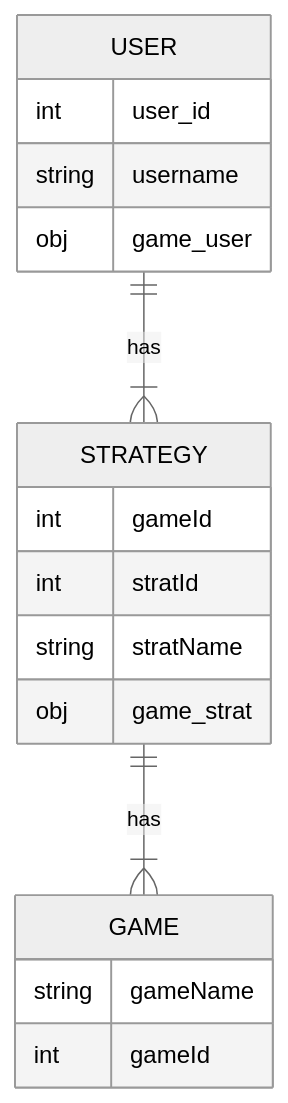
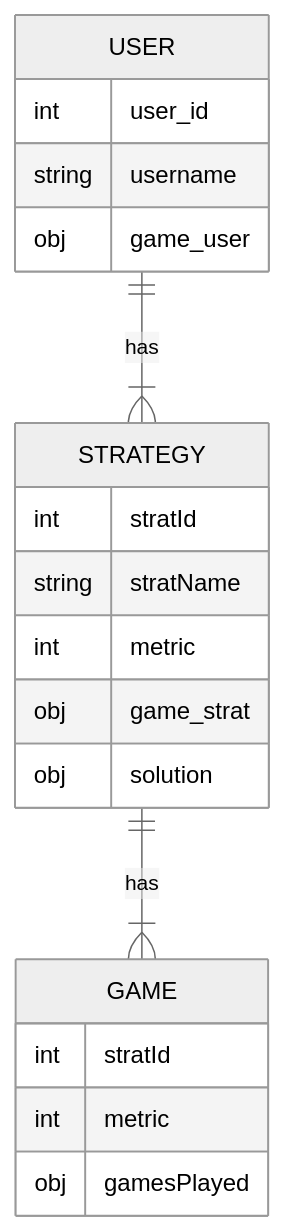
Before and after one commit to teamcrusher/threewide: the first of 2 diagrams in Diagrams/Data-model.md, drawn with Mermaid (neutral theme). The commit also changed other lines of this file, not shown here.

Commit message:
quick fix on some forgotten diagram content

````diff
--- a/Diagrams/Data-model.md
+++ b/Diagrams/Data-model.md
@@ -5,29 +5,31 @@
 ```mermaid
   erDiagram
 	USER ||--|{ STRATEGY : has
 	USER {  
-	    int user_id
-	    string username
+	  int user_id
+	  string username
 		obj game_user
     }
     
-    %%STRATEGY ||--|| METRIC : has%%
-    STRATEGY {  
-	    int gameId
-	    int stratId
-	    string stratName
-	    obj game_strat
-    }  
+  %%STRATEGY ||--|| METRIC : has%%
+  STRATEGY {  
+	  int stratId
+	  string stratName
+	  int metric
+	  obj game_strat
+    obj solution
+  }  
     
-    %%METRIC {%%  
-	    %%int metric%%
-    %%}%%
+  %%METRIC {%%  
+	  %%int metric%%
+  %%}%%
     
-    %%METRIC ||--|| GAME : has%%  
-    STRATEGY ||--|{ GAME : has
-    GAME {
-	    string gameName
-	    int gameId
-    } 
+  %%METRIC ||--|| GAME : has%%  
+  STRATEGY ||--|{ GAME : has
+  GAME {
+	  int stratId
+    int metric
+	  obj gamesPlayed
+  } 
     
 ```
````
